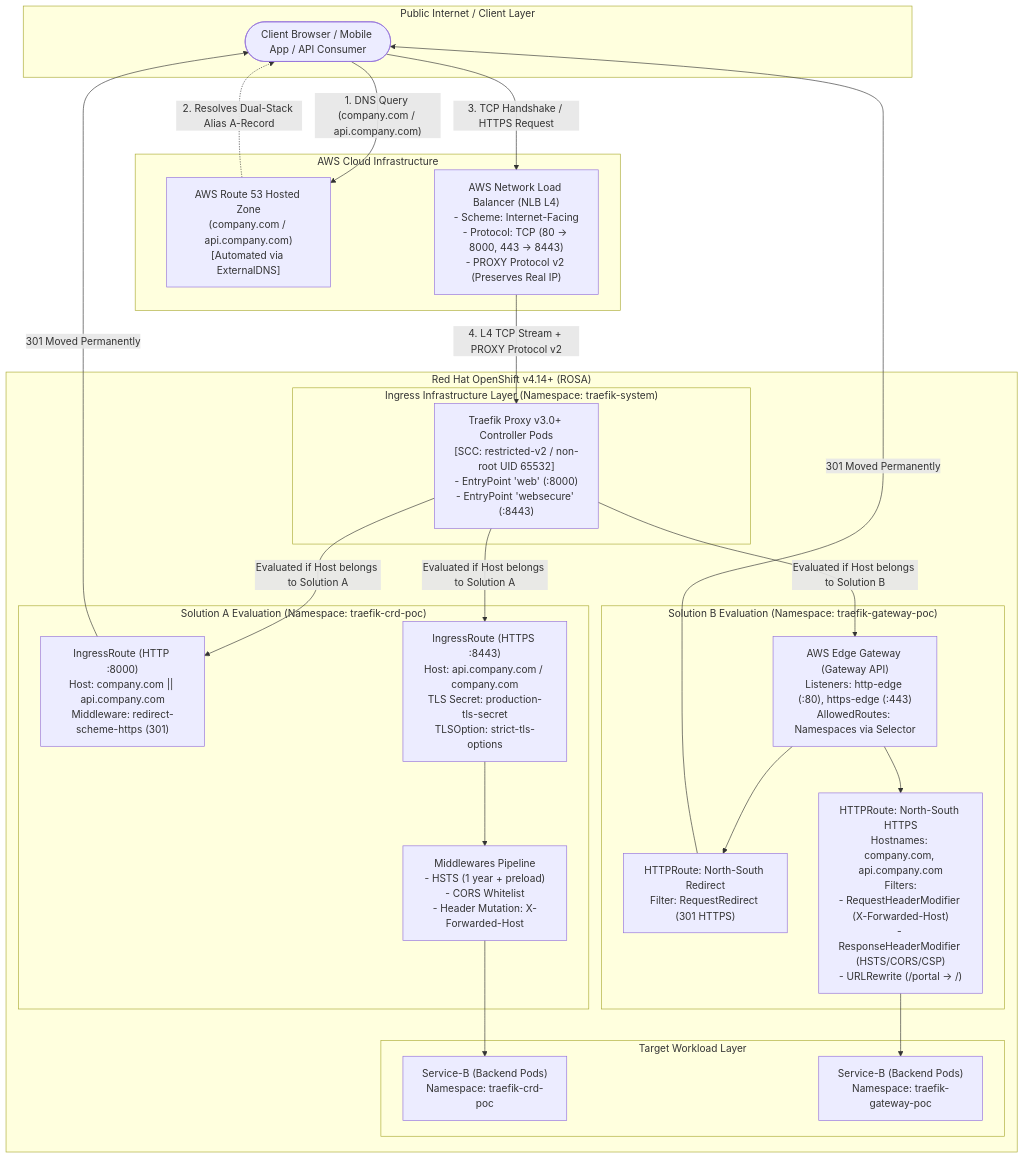
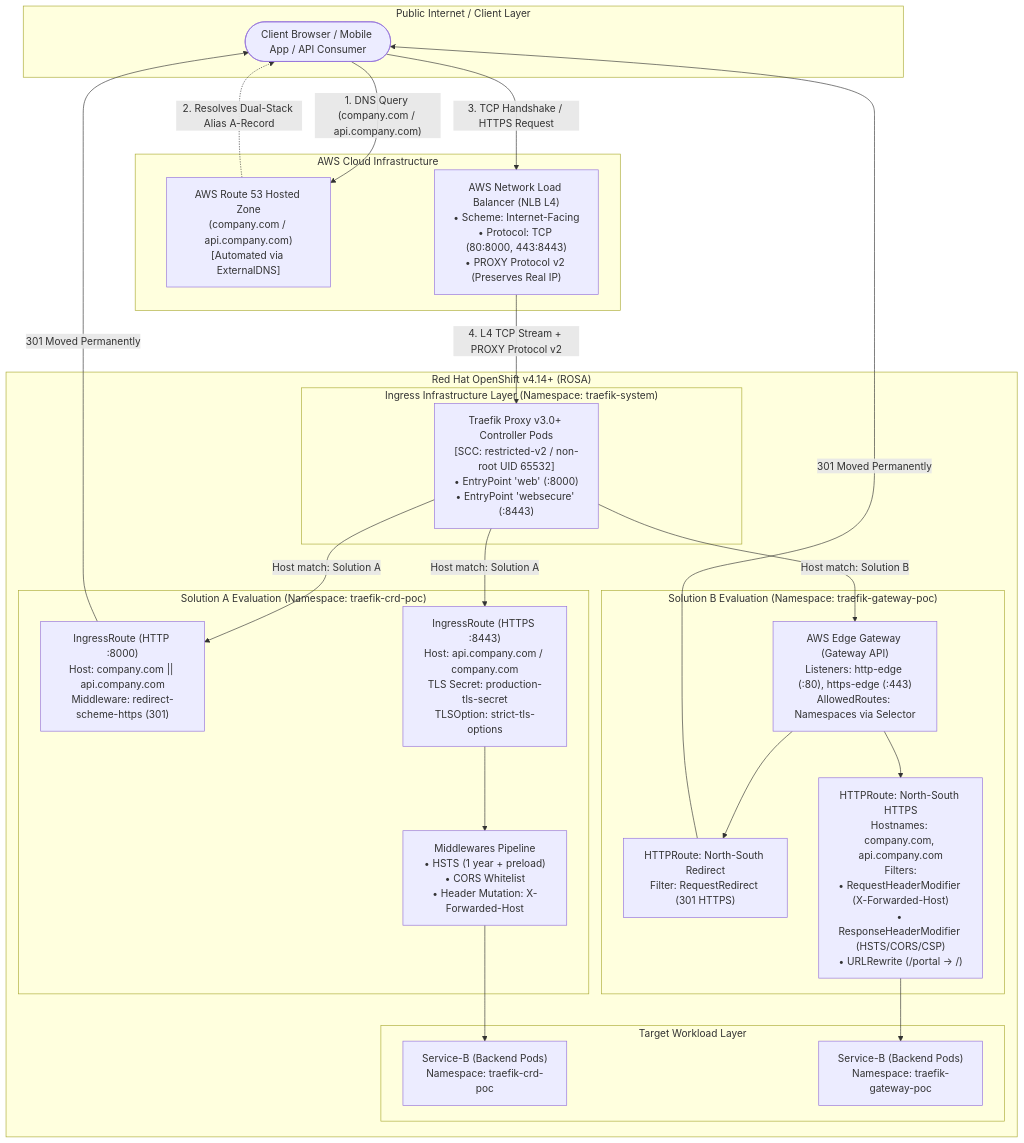
Before and after one commit to nubenetes/traefik-fqdn-management-poc-openshift-aws: the first of 2 diagrams in README.md, drawn with Mermaid. The commit also changed other lines of this file and 1 other file, not shown here.

Commit message:
fix(mermaid): resolve text truncation and clipping in Mermaid diagrams across markdown docs

````diff
--- a/README.md
+++ b/README.md
@@ -102,51 +102,51 @@
 ```mermaid
 flowchart TD
     subgraph Internet ["Public Internet / Client Layer"]
         User(["Client Browser / Mobile App / API Consumer"])
     end
 
     subgraph AWS_Cloud ["AWS Cloud Infrastructure"]
-        R53["AWS Route 53 Hosted Zone\n(company.com / api.company.com)\n[Automated via ExternalDNS]"]
-        NLB["AWS Network Load Balancer (NLB L4)\n- Scheme: Internet-Facing\n- Protocol: TCP (80 -> 8000, 443 -> 8443)\n- PROXY Protocol v2 (Preserves Real IP)"]
+        R53["AWS Route 53 Hosted Zone<br/>(company.com / api.company.com)<br/>[Automated via ExternalDNS]"]
+        NLB["AWS Network Load Balancer (NLB L4)<br/>• Scheme: Internet-Facing<br/>• Protocol: TCP (80:8000, 443:8443)<br/>• PROXY Protocol v2 (Preserves Real IP)"]
     end
 
     subgraph OpenShift_Cluster ["Red Hat OpenShift v4.14+ (ROSA)"]
         subgraph Ingress_Tier ["Ingress Infrastructure Layer (Namespace: traefik-system)"]
-            Traefik["Traefik Proxy v3.0+ Controller Pods\n[SCC: restricted-v2 / non-root UID 65532]\n- EntryPoint 'web' (:8000)\n- EntryPoint 'websecure' (:8443)"]
+            Traefik["Traefik Proxy v3.0+ Controller Pods<br/>[SCC: restricted-v2 / non-root UID 65532]<br/>• EntryPoint 'web' (:8000)<br/>• EntryPoint 'websecure' (:8443)"]
         end
 
         subgraph Solution_A ["Solution A Evaluation (Namespace: traefik-crd-poc)"]
-            IR_HTTP["IngressRoute (HTTP :8000)\nHost: company.com || api.company.com\nMiddleware: redirect-scheme-https (301)"]
-            IR_HTTPS["IngressRoute (HTTPS :8443)\nHost: api.company.com / company.com\nTLS Secret: production-tls-secret\nTLSOption: strict-tls-options"]
-            MW["Middlewares Pipeline\n- HSTS (1 year + preload)\n- CORS Whitelist\n- Header Mutation: X-Forwarded-Host"]
+            IR_HTTP["IngressRoute (HTTP :8000)<br/>Host: company.com || api.company.com<br/>Middleware: redirect-scheme-https (301)"]
+            IR_HTTPS["IngressRoute (HTTPS :8443)<br/>Host: api.company.com / company.com<br/>TLS Secret: production-tls-secret<br/>TLSOption: strict-tls-options"]
+            MW["Middlewares Pipeline<br/>• HSTS (1 year + preload)<br/>• CORS Whitelist<br/>• Header Mutation: X-Forwarded-Host"]
         end
 
         subgraph Solution_B ["Solution B Evaluation (Namespace: traefik-gateway-poc)"]
-            GW["AWS Edge Gateway (Gateway API)\nListeners: http-edge (:80), https-edge (:443)\nAllowedRoutes: Namespaces via Selector"]
-            HR_HTTP["HTTPRoute: North-South Redirect\nFilter: RequestRedirect (301 HTTPS)"]
-            HR_HTTPS["HTTPRoute: North-South HTTPS\nHostnames: company.com, api.company.com\nFilters:\n- RequestHeaderModifier (X-Forwarded-Host)\n- ResponseHeaderModifier (HSTS/CORS/CSP)\n- URLRewrite (/portal -> /)"]
+            GW["AWS Edge Gateway (Gateway API)<br/>Listeners: http-edge (:80), https-edge (:443)<br/>AllowedRoutes: Namespaces via Selector"]
+            HR_HTTP["HTTPRoute: North-South Redirect<br/>Filter: RequestRedirect (301 HTTPS)"]
+            HR_HTTPS["HTTPRoute: North-South HTTPS<br/>Hostnames: company.com, api.company.com<br/>Filters:<br/>• RequestHeaderModifier (X-Forwarded-Host)<br/>• ResponseHeaderModifier (HSTS/CORS/CSP)<br/>• URLRewrite (/portal -> /)"]
         end
 
         subgraph Workloads ["Target Workload Layer"]
-            ServiceB_A["Service-B (Backend Pods)\nNamespace: traefik-crd-poc"]
-            ServiceB_B["Service-B (Backend Pods)\nNamespace: traefik-gateway-poc"]
+            ServiceB_A["Service-B (Backend Pods)<br/>Namespace: traefik-crd-poc"]
+            ServiceB_B["Service-B (Backend Pods)<br/>Namespace: traefik-gateway-poc"]
         end
     end
 
     User -->|"1. DNS Query (company.com / api.company.com)"| R53
     R53 -.->|"2. Resolves Dual-Stack Alias A-Record"| User
     User -->|"3. TCP Handshake / HTTPS Request"| NLB
     NLB -->|"4. L4 TCP Stream + PROXY Protocol v2"| Traefik
 
-    Traefik -->|"Evaluated if Host belongs to Solution A"| IR_HTTP
+    Traefik -->|"Host match: Solution A"| IR_HTTP
     IR_HTTP -->|"301 Moved Permanently"| User
-    Traefik -->|"Evaluated if Host belongs to Solution A"| IR_HTTPS
+    Traefik -->|"Host match: Solution A"| IR_HTTPS
     IR_HTTPS --> MW
     MW --> ServiceB_A
 
-    Traefik -->|"Evaluated if Host belongs to Solution B"| GW
+    Traefik -->|"Host match: Solution B"| GW
     GW --> HR_HTTP
     HR_HTTP -->|"301 Moved Permanently"| User
     GW --> HR_HTTPS
     HR_HTTPS --> ServiceB_B
 ```
````
